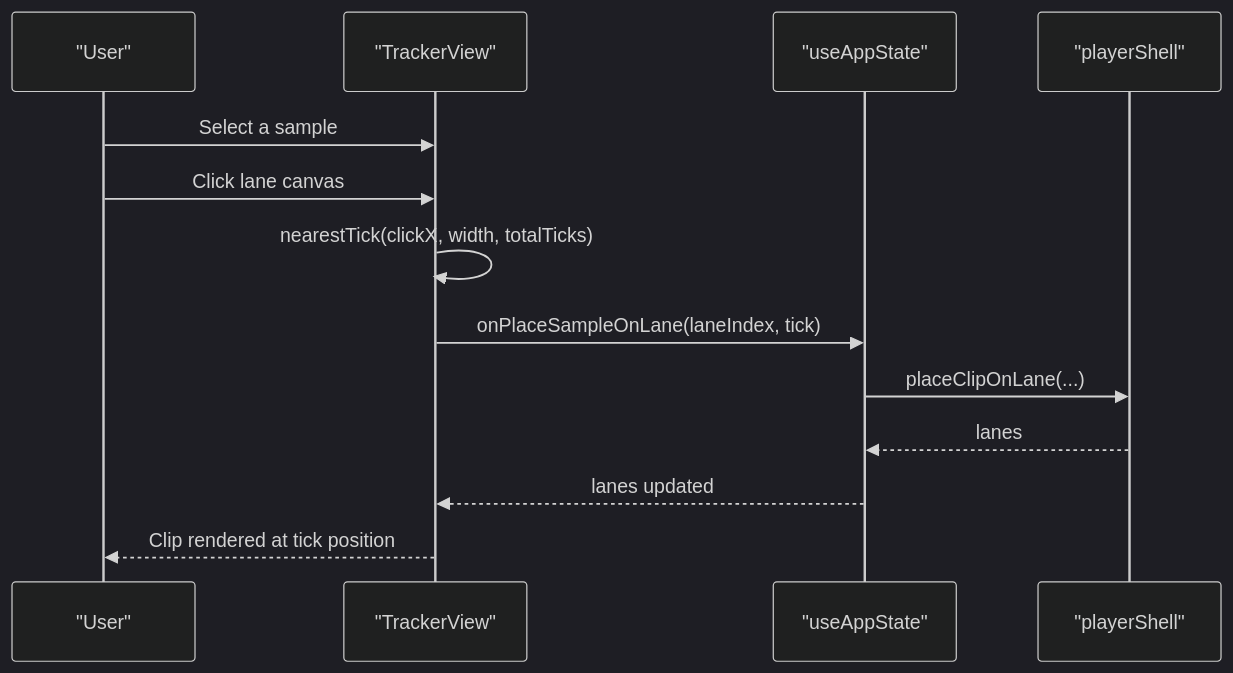
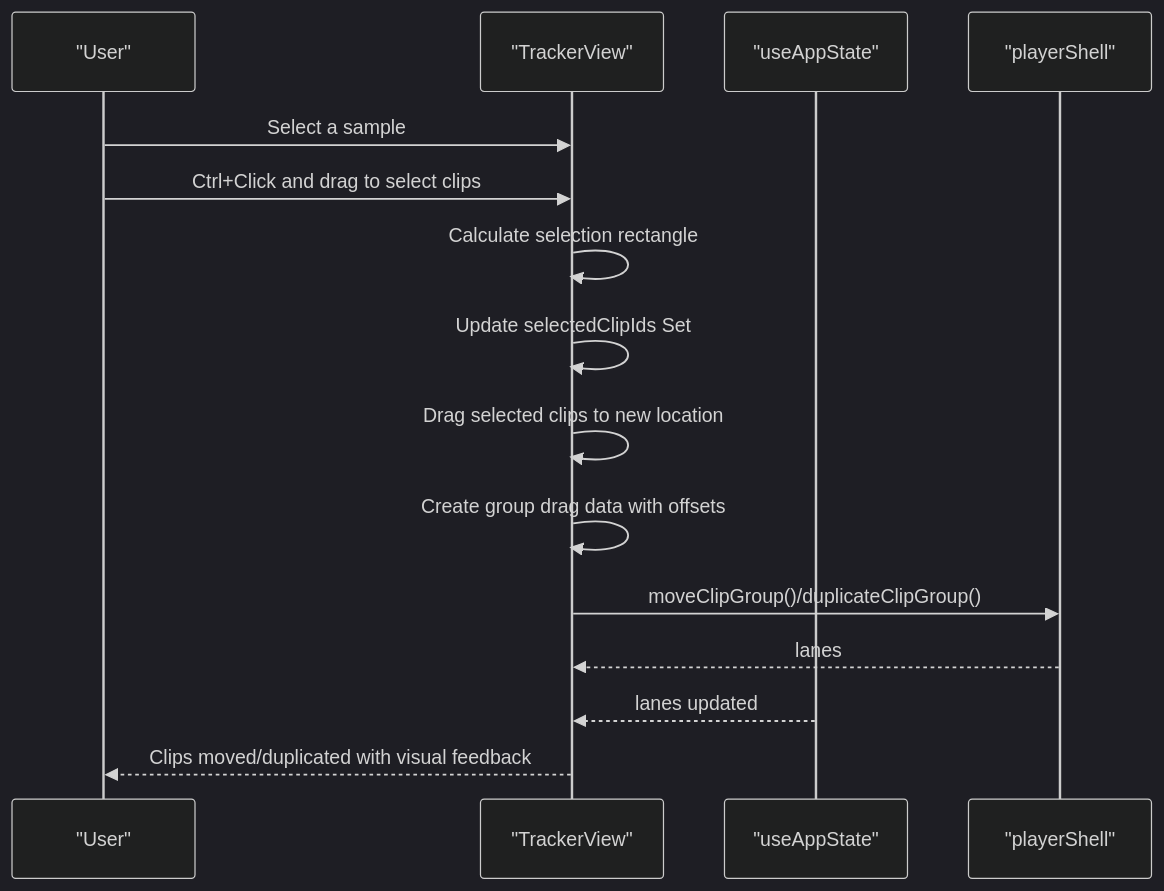
One commit to satyrlord/mixjam-electron changed the fifth of 11 diagrams in .qoder/repowiki/en/content/Audio Engine/Player Shell.md. Above: the diagram before and after it, drawn with Mermaid (dark theme). The commit also changed other lines of this file and 5 other files, not shown here.

Commit message:
docs: update wiki to reflect multi-clip selection, group operations, and dev guideline changes

````diff
--- a/.qoder/repowiki/en/content/Audio Engine/Player Shell.md
+++ b/.qoder/repowiki/en/content/Audio Engine/Player Shell.md
@@ -217,15 +238,17 @@
 ```mermaid
 sequenceDiagram
 participant U as "User"
 participant TV as "TrackerView"
 participant UA as "useAppState"
 participant PS as "playerShell"
 U->>TV : Select a sample
-U->>TV : Click lane canvas
-TV->>TV : nearestTick(clickX, width, totalTicks)
-TV->>UA : onPlaceSampleOnLane(laneIndex, tick)
-UA->>PS : placeClipOnLane(...)
-PS-->>UA : lanes
+U->>TV : Ctrl+Click and drag to select clips
+TV->>TV : Calculate selection rectangle
+TV->>TV : Update selectedClipIds Set
+TV->>TV : Drag selected clips to new location
+TV->>TV : Create group drag data with offsets
+TV->>PS : moveClipGroup()/duplicateClipGroup()
+PS-->>TV : lanes
 UA-->>TV : lanes updated
-TV-->>U : Clip rendered at tick position
+TV-->>U : Clips moved/duplicated with visual feedback
 ```
````
